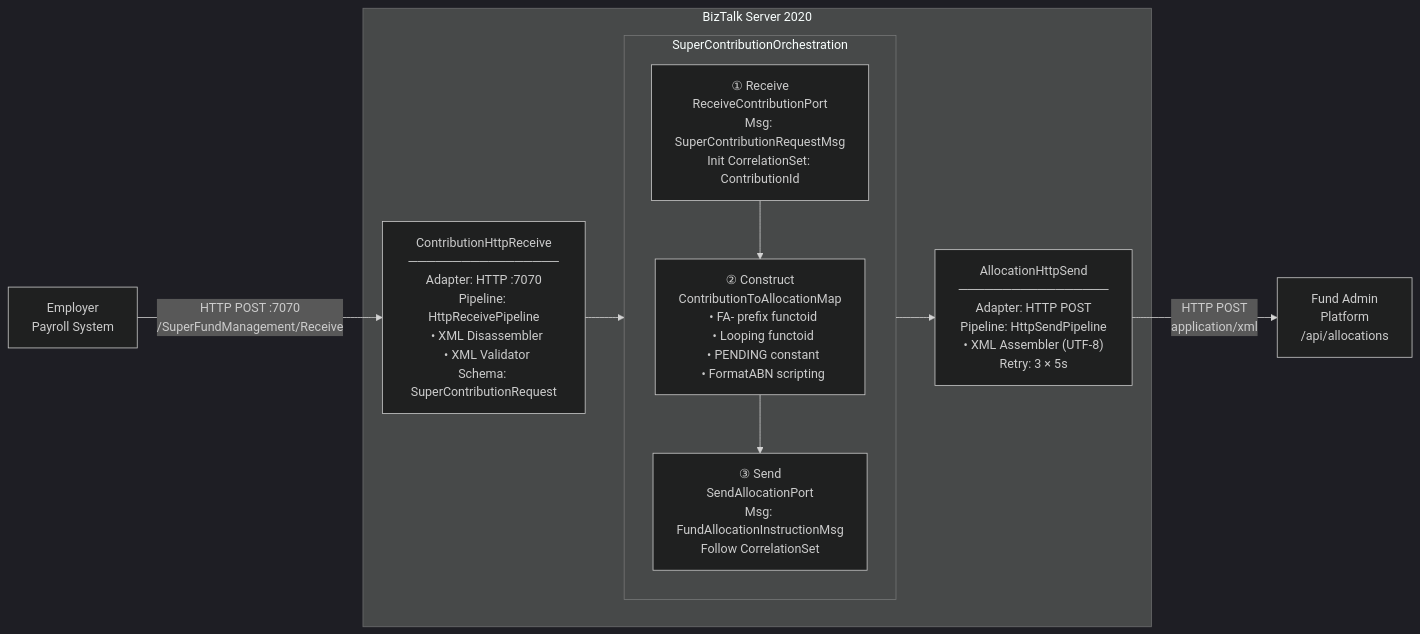
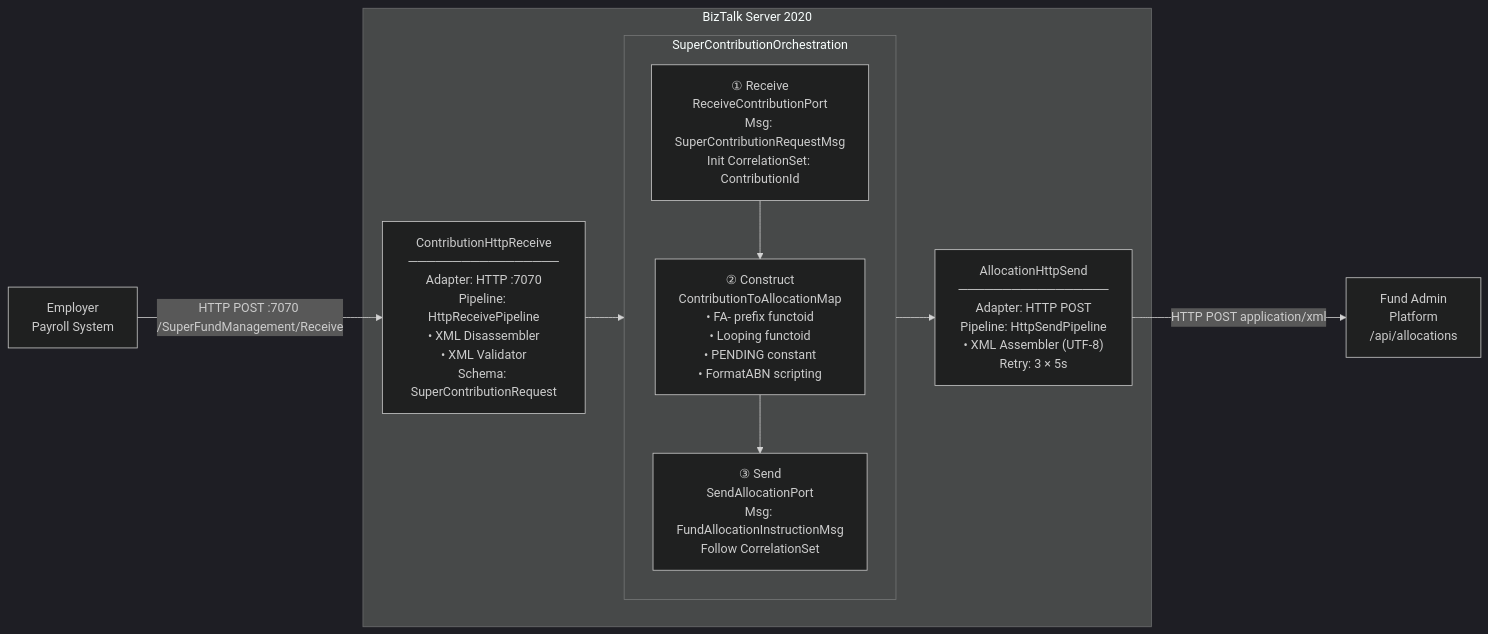
One commit to qkfang/ghc-demo-biztalk-migration changed the diagram in docs/10-biztalk-orchestration.md. Above: the diagram before and after it, drawn with Mermaid (dark theme). The commit also changed 4 other files, not shown here.

````diff
--- a/docs/10-biztalk-orchestration.md
+++ b/docs/10-biztalk-orchestration.md
@@ -13,25 +13,25 @@
 ```mermaid
 flowchart LR
-    EPS["Employer\nPayroll System"]
+    EPS["Employer<br/>Payroll System"]
 
     subgraph BizTalk["BizTalk Server 2020"]
-        RP["ContributionHttpReceive\n─────────────────\nAdapter: HTTP :7070\nPipeline: HttpReceivePipeline\n  • XML Disassembler\n  • XML Validator\nSchema: SuperContributionRequest"]
+        RP["ContributionHttpReceive<br/>─────────────────<br/>Adapter: HTTP :7070<br/>Pipeline: HttpReceivePipeline<br/>• XML Disassembler<br/>• XML Validator<br/>Schema: SuperContributionRequest"]
 
         subgraph ORCH["SuperContributionOrchestration"]
             direction TB
-            R["① Receive\nReceiveContributionPort\nMsg: SuperContributionRequestMsg\nInit CorrelationSet: ContributionId"]
-            C["② Construct\nContributionToAllocationMap\n  • FA- prefix functoid\n  • Looping functoid\n  • PENDING constant\n  • FormatABN scripting"]
-            S["③ Send\nSendAllocationPort\nMsg: FundAllocationInstructionMsg\nFollow CorrelationSet"]
+            R["① Receive<br/>ReceiveContributionPort<br/>Msg: SuperContributionRequestMsg<br/>Init CorrelationSet: ContributionId"]
+            C["② Construct<br/>ContributionToAllocationMap<br/>• FA- prefix functoid<br/>• Looping functoid<br/>• PENDING constant<br/>• FormatABN scripting"]
+            S["③ Send<br/>SendAllocationPort<br/>Msg: FundAllocationInstructionMsg<br/>Follow CorrelationSet"]
             R --> C --> S
         end
 
-        SP["AllocationHttpSend\n─────────────────\nAdapter: HTTP POST\nPipeline: HttpSendPipeline\n  • XML Assembler (UTF-8)\nRetry: 3 × 5s"]
+        SP["AllocationHttpSend<br/>─────────────────<br/>Adapter: HTTP POST<br/>Pipeline: HttpSendPipeline<br/>• XML Assembler (UTF-8)<br/>Retry: 3 × 5s"]
     end
 
-    FAP["Fund Admin\nPlatform\n/api/allocations"]
+    FAP["Fund Admin<br/>Platform<br/>/api/allocations"]
 
-    EPS -->|"HTTP POST :7070\n/SuperFundManagement/Receive"| RP
+    EPS -->|"HTTP POST :7070 /SuperFundManagement/Receive"| RP
     RP --> ORCH
     ORCH --> SP
-    SP -->|"HTTP POST\napplication/xml"| FAP
+    SP -->|"HTTP POST application/xml"| FAP
 ```
````
